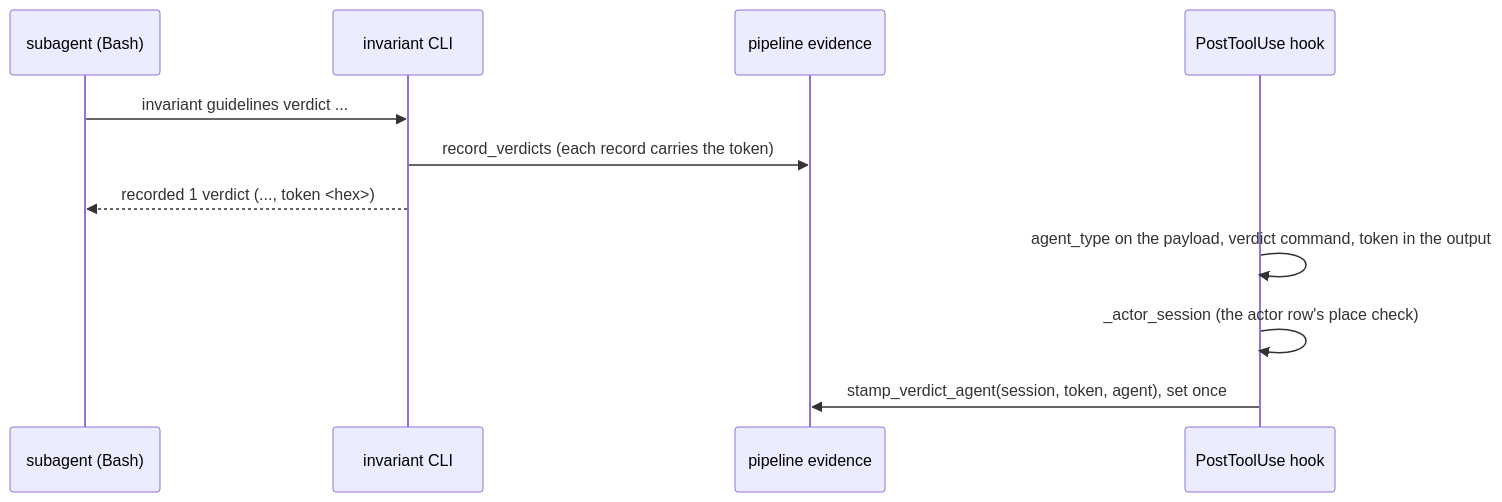
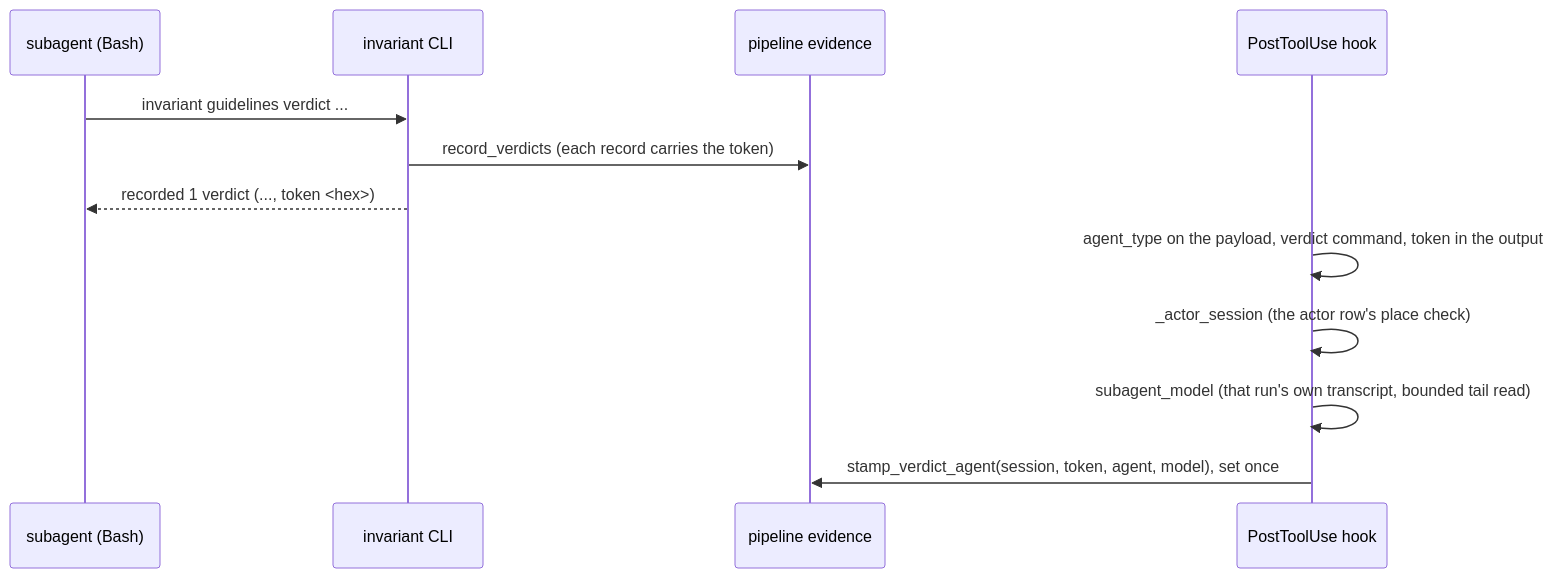
One commit to Mindchallenges/Invariant changed the fifth of 9 diagrams in docs/architecture/state_model.md. Above: the diagram before and after it, drawn with Mermaid. The commit also changed other lines of this file and 11 other files, not shown here.

````diff
--- a/docs/architecture/state_model.md
+++ b/docs/architecture/state_model.md
@@ -1107,13 +1114,14 @@
 ```mermaid
 sequenceDiagram
     participant A as subagent (Bash)
     participant C as invariant CLI
     participant P as pipeline evidence
     participant H as PostToolUse hook
     A->>C: invariant guidelines verdict ...
     C->>P: record_verdicts (each record carries the token)
     C-->>A: recorded 1 verdict (..., token <hex>)
     H->>H: agent_type on the payload, verdict command, token in the output
     H->>H: _actor_session (the actor row's place check)
-    H->>P: stamp_verdict_agent(session, token, agent), set once
+    H->>H: subagent_model (that run's own transcript, bounded tail read)
+    H->>P: stamp_verdict_agent(session, token, agent, model), set once
 ```
````
